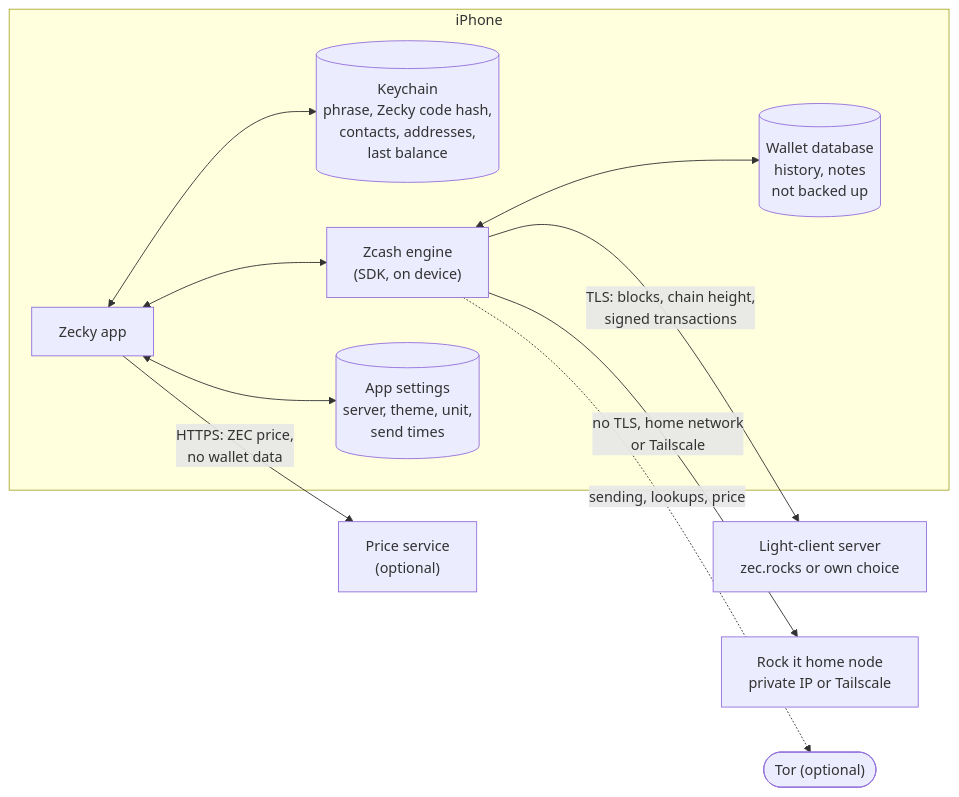
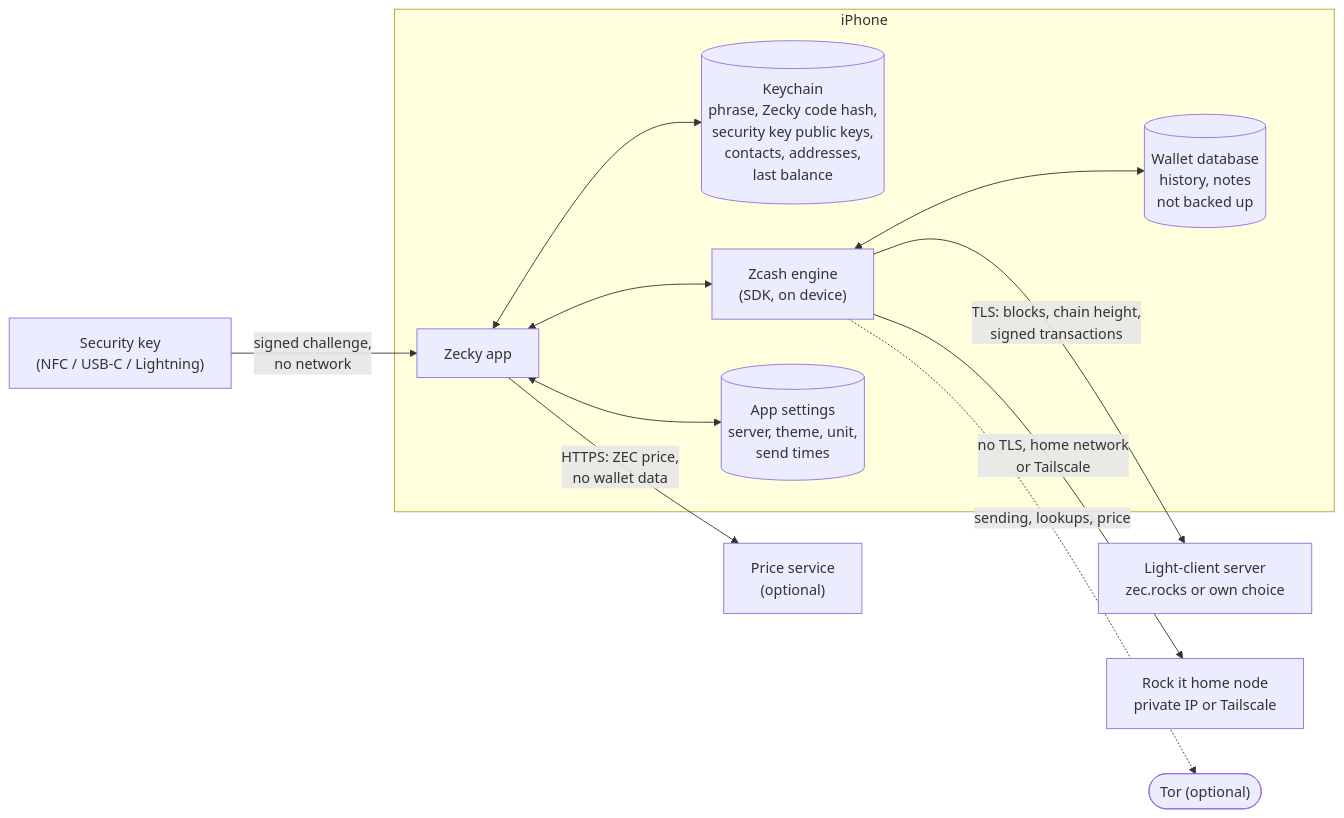
One commit to zecky-app/zecky-lock-it changed the diagram in docs/THREAT_MODEL.md. Above: the diagram before and after it, drawn with Mermaid. The commit also changed other lines of this file and 54 other files, not shown here.

First line of the commit message:
Zecky Lock it 0.0.19, public source

````diff
--- a/docs/THREAT_MODEL.md
+++ b/docs/THREAT_MODEL.md
@@ -98,22 +170,24 @@
 ```mermaid
 flowchart LR
   subgraph Phone["iPhone"]
-    K[("Keychain<br/>phrase, Zecky code hash,<br/>contacts, addresses,<br/>last balance")]
+    K[("Keychain<br/>phrase, Zecky code hash,<br/>security key public keys,<br/>contacts, addresses,<br/>last balance")]
     A["Zecky app"]
     E["Zcash engine<br/>(SDK, on device)"]
     D[("Wallet database<br/>history, notes<br/>not backed up")]
     S[("App settings<br/>server, theme, unit,<br/>send times")]
     A <--> K
     A <--> S
     A <--> E
     E <--> D
   end
+  Y["Security key<br/>(NFC / USB-C / Lightning)"]
+  Y -- "signed challenge,<br/>no network" --> A
   L["Light-client server<br/>zec.rocks or own choice"]
   R["Rock it home node<br/>private IP or Tailscale"]
   P["Price service<br/>(optional)"]
   T(["Tor (optional)"])
   E -- "TLS: blocks, chain height,<br/>signed transactions" --> L
   E -- "no TLS, home network<br/>or Tailscale" --> R
   A -- "HTTPS: ZEC price,<br/>no wallet data" --> P
   E -. "sending, lookups, price" .-> T
 ```
````
